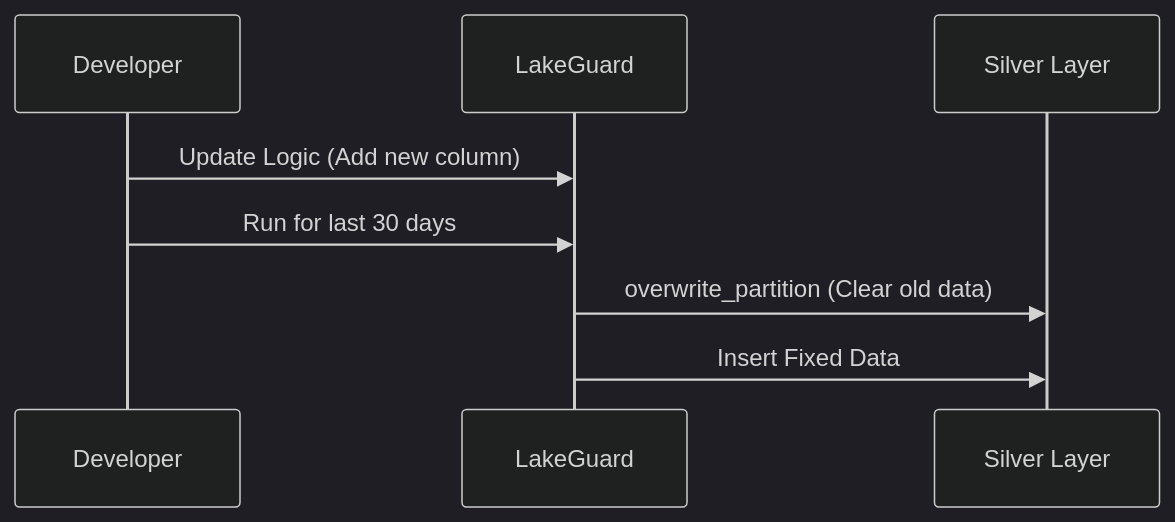
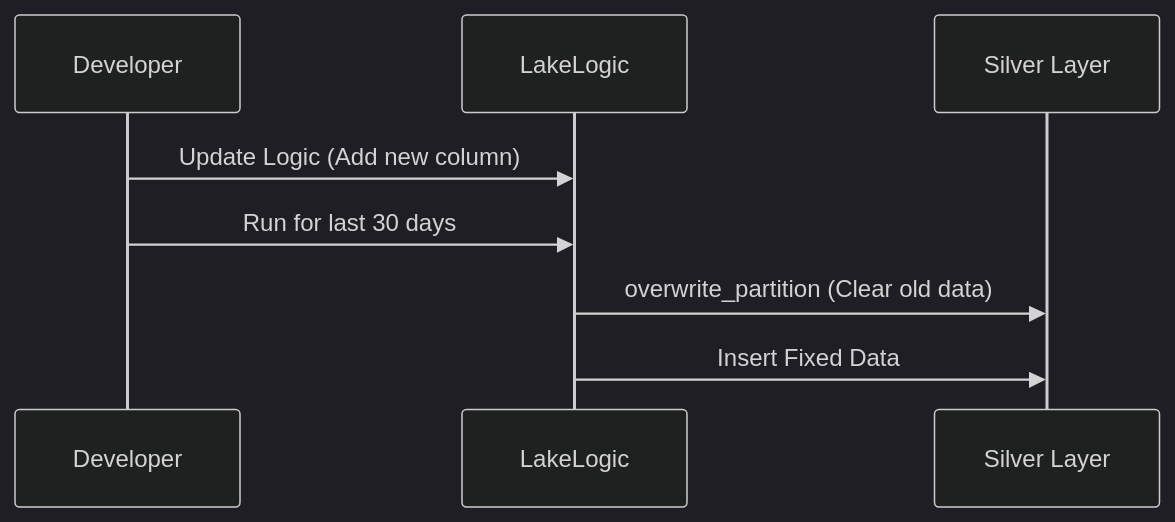
One commit to LakeLogic/LakeLogic changed the diagram in docs/reprocessing.md. Above: the diagram before and after it, drawn with Mermaid (dark theme). The commit also changed other lines of this file and 134 other files, not shown here.

````diff
--- a/docs/reprocessing.md
+++ b/docs/reprocessing.md
@@ -39,11 +39,11 @@
 ```mermaid
 sequenceDiagram
     participant D as Developer
-    participant L as LakeGuard
+    participant L as LakeLogic
     participant S as Silver Layer
     
     D->>L: Update Logic (Add new column)
     D->>L: Run for last 30 days
     L->>S: overwrite_partition (Clear old data)
     L->>S: Insert Fixed Data
 ```
````
